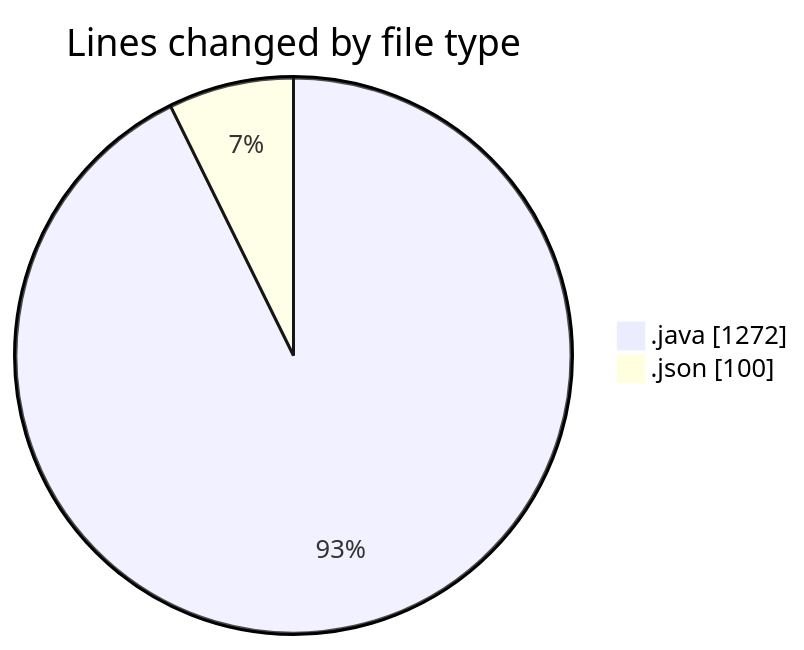
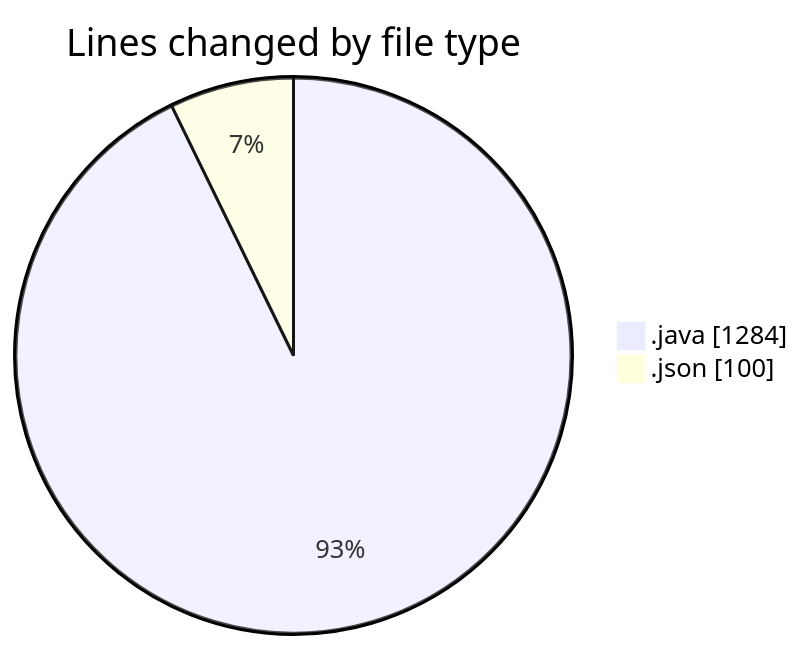
One commit to ricardozamudiocil/code-tracking changed the first of 2 diagrams in 2026-05-12/cilapp/README.md. Above: the diagram before and after it, drawn with Mermaid. The commit also changed other lines of this file and 1 other file, not shown here.

````diff
--- a/2026-05-12/cilapp/README.md
+++ b/2026-05-12/cilapp/README.md
@@ -27,6 +27,6 @@
 ```mermaid
 pie showData
 title Lines changed by file type
-".java" : 1272
+".java" : 1284
 ".json" : 100
 ```
````
